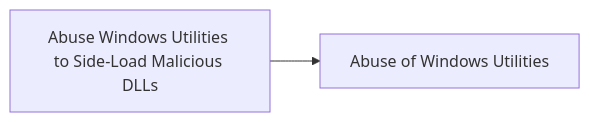
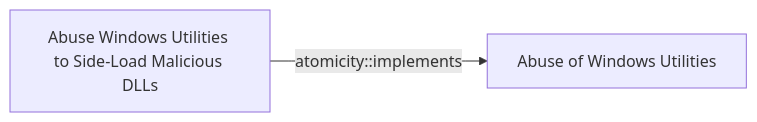
One commit to opentidehq/library changed the diagram in docs/threats/abuse-windows-utilities-to-side-load-malicious-dlls.md. Above: the diagram before and after it, drawn with Mermaid. The commit also changed other lines of this file and 277 other files, not shown here.

````diff
--- a/docs/threats/abuse-windows-utilities-to-side-load-malicious-dlls.md
+++ b/docs/threats/abuse-windows-utilities-to-side-load-malicious-dlls.md
@@ -89,6 +127,6 @@
 ```mermaid
 flowchart LR
 86f62c3a_6556_4a64_a9f5_a79168ad42d9["Abuse Windows Utilities to Side-Load Malicious DLLs"]
 d5039f2c_9fcc_4ba3_ad6a_da8c891ba745["Abuse of Windows Utilities"]
-86f62c3a_6556_4a64_a9f5_a79168ad42d9 --> d5039f2c_9fcc_4ba3_ad6a_da8c891ba745
+86f62c3a_6556_4a64_a9f5_a79168ad42d9 -->|atomicity::implements| d5039f2c_9fcc_4ba3_ad6a_da8c891ba745
 ```
````
